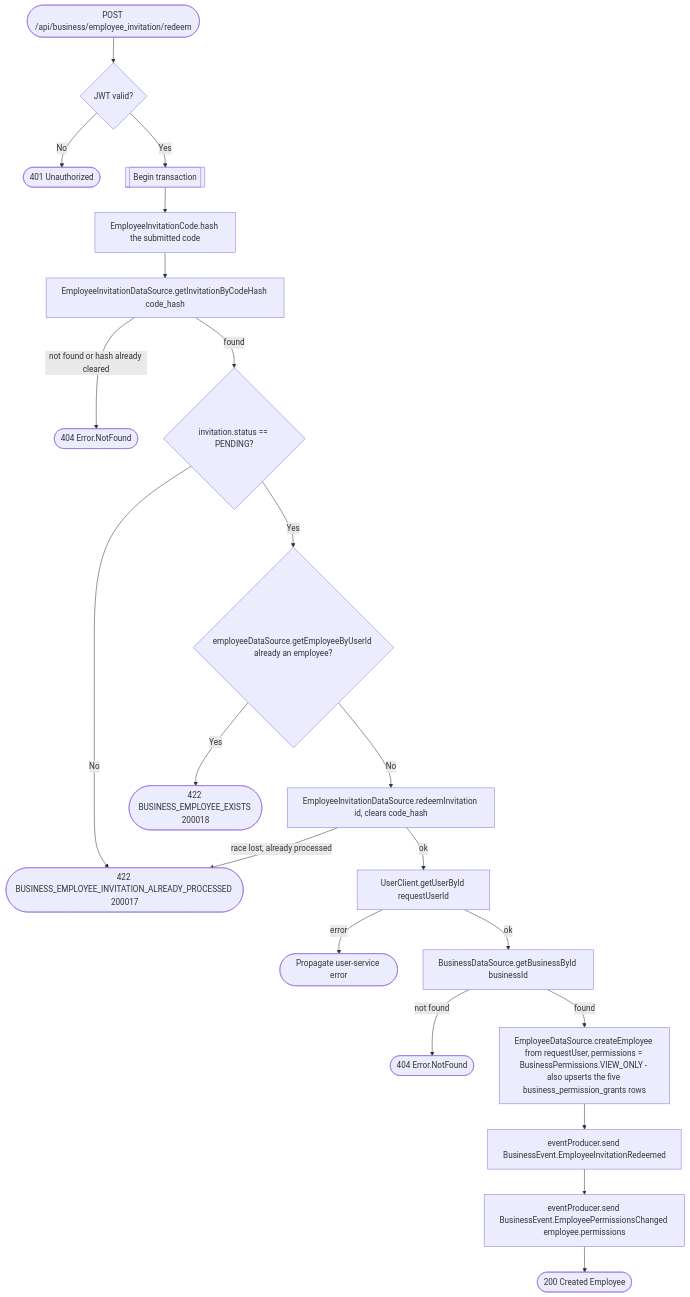
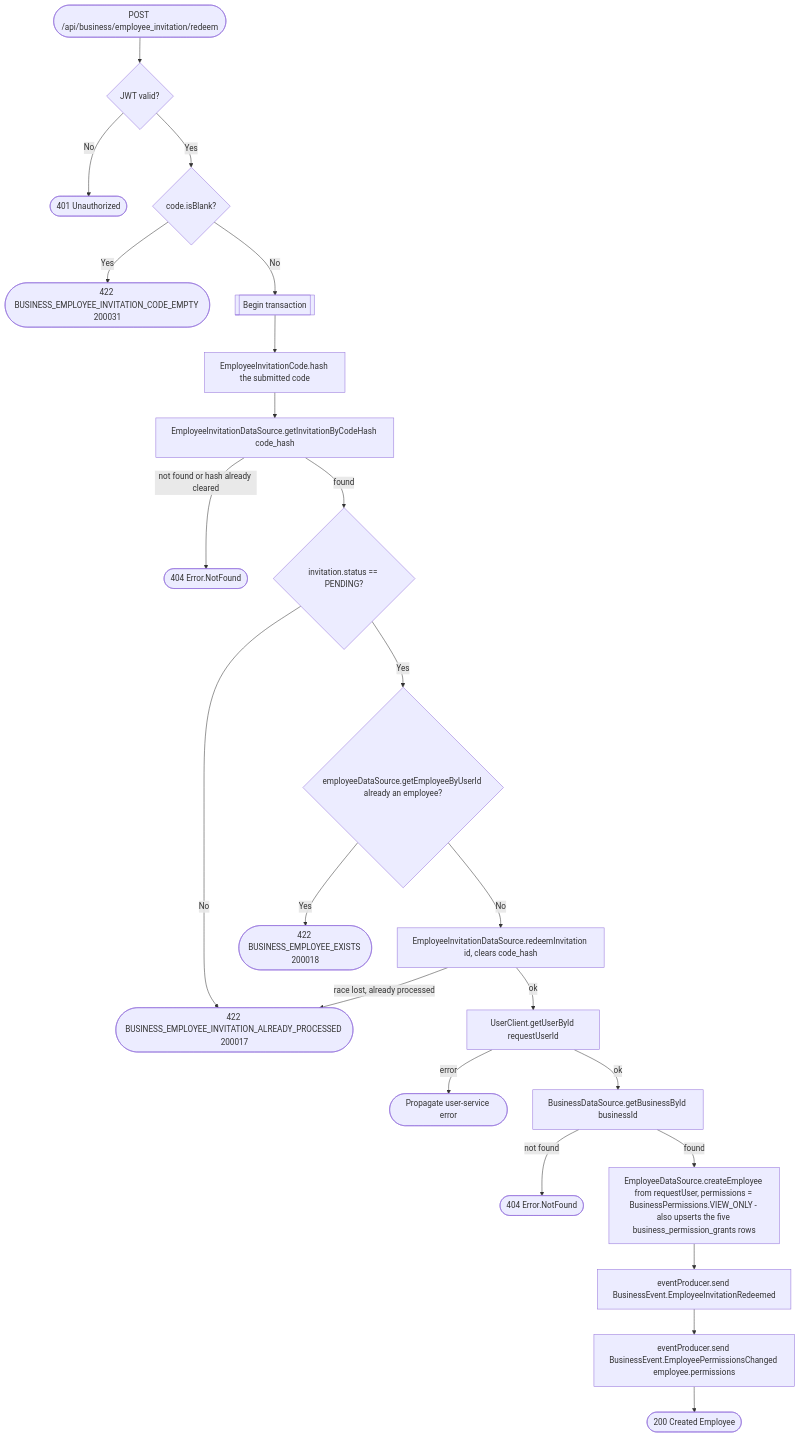
The diagram in docs/operations/business/join-business.md (an22/bookk.me-backend), drawn with Mermaid before and after one commit. The commit also changed other lines of this file and 19 other files, not shown here.

````diff
--- a/docs/operations/business/join-business.md
+++ b/docs/operations/business/join-business.md
@@ -26,23 +29,25 @@
 ```mermaid
 flowchart TD
     Start([POST /api/business/employee_invitation/redeem]) --> Auth{JWT valid?}
     Auth -- No --> R401([401 Unauthorized])
-    Auth -- Yes --> Tx[[Begin transaction]]
+    Auth -- Yes --> Blank{code.isBlank?}
+    Blank -- Yes --> R422c([422 BUSINESS_EMPLOYEE_INVITATION_CODE_EMPTY 200031])
+    Blank -- No --> Tx[[Begin transaction]]
     Tx --> HashCode[EmployeeInvitationCode.hash the submitted code]
     HashCode --> GetInvite[EmployeeInvitationDataSource.getInvitationByCodeHash code_hash]
     GetInvite -- not found or hash already cleared --> R404a([404 Error.NotFound])
     GetInvite -- found --> Status{invitation.status == PENDING?}
     Status -- No --> R422a([422 BUSINESS_EMPLOYEE_INVITATION_ALREADY_PROCESSED 200017])
     Status -- Yes --> AlreadyEmployee{employeeDataSource.getEmployeeByUserId already an employee?}
     AlreadyEmployee -- Yes --> R422b([422 BUSINESS_EMPLOYEE_EXISTS 200018])
     AlreadyEmployee -- No --> Redeem[EmployeeInvitationDataSource.redeemInvitation id, clears code_hash]
     Redeem -- race lost, already processed --> R422a
     Redeem -- ok --> GetUser[UserClient.getUserById requestUserId]
     GetUser -- error --> RErr([Propagate user-service error])
     GetUser -- ok --> GetBiz[BusinessDataSource.getBusinessById businessId]
     GetBiz -- not found --> R404b([404 Error.NotFound])
     GetBiz -- found --> CreateEmployee[EmployeeDataSource.createEmployee from requestUser, permissions = BusinessPermissions.VIEW_ONLY - also upserts the five business_permission_grants rows]
     CreateEmployee --> Event[eventProducer.send BusinessEvent.EmployeeInvitationRedeemed]
     Event --> PermEvent[eventProducer.send BusinessEvent.EmployeePermissionsChanged employee.permissions]
     PermEvent --> R200([200 Created Employee])
 ```
````
